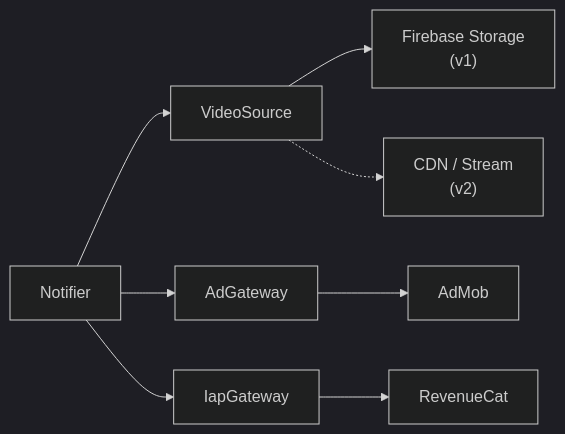
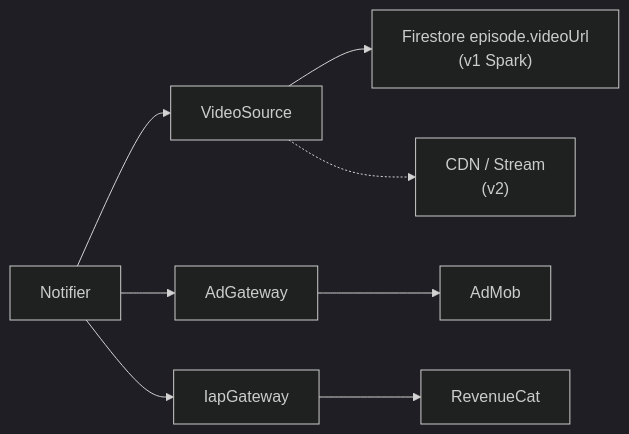
Before and after one commit to delevski/ShortiGo: the third of 9 diagrams in README.md, drawn with Mermaid (dark theme). The commit also changed other lines of this file and 15 other files, not shown here.

Commit message:
chore(firebase): switch to spark-only project

````diff
--- a/README.md
+++ b/README.md
@@ -161,10 +156,10 @@
 ```mermaid
 flowchart LR
   Notifier["Notifier"] --> VS["VideoSource"]
   Notifier --> AG["AdGateway"]
   Notifier --> IG["IapGateway"]
-  VS --> FB["Firebase Storage\n(v1)"]
+  VS --> FB["Firestore episode.videoUrl\n(v1 Spark)"]
   VS -.-> CDN["CDN / Stream\n(v2)"]
   AG --> AdMob["AdMob"]
   IG --> RC["RevenueCat"]
 ```
````
